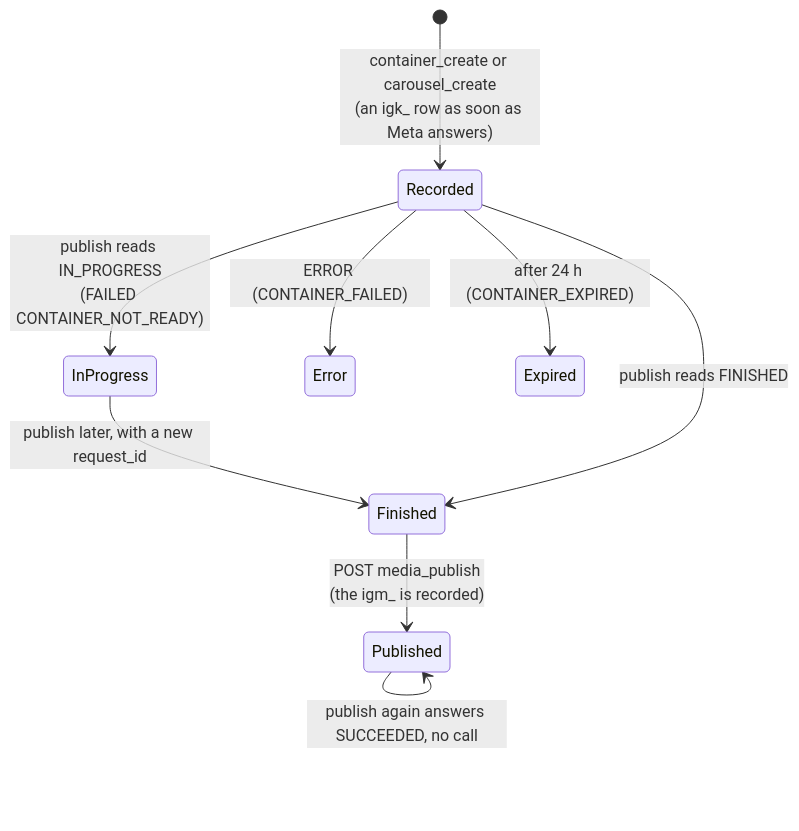
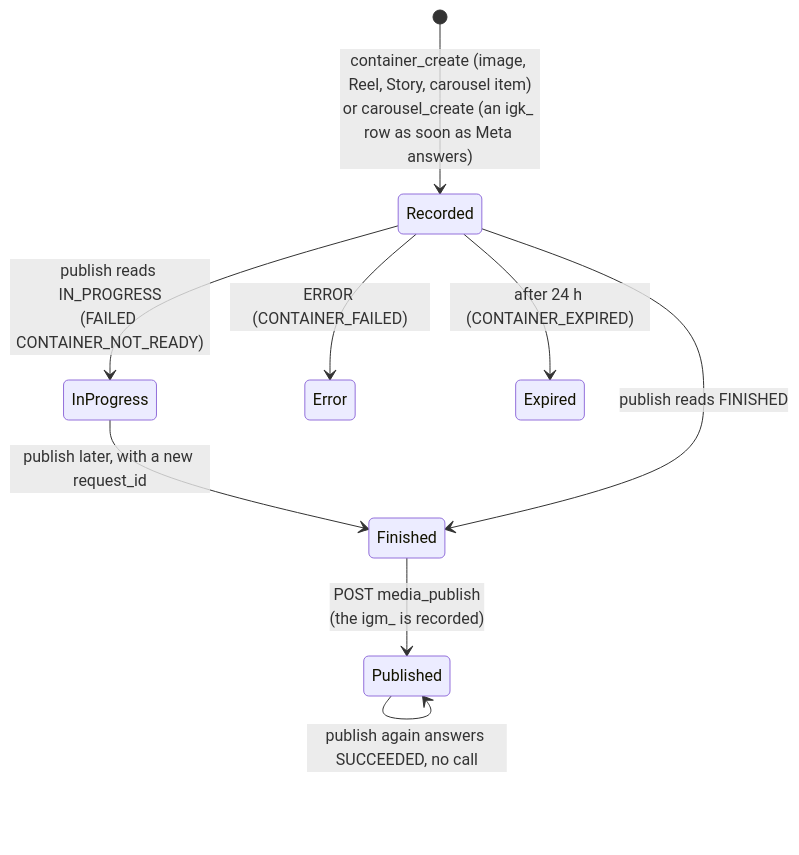
The third of 3 diagrams in docs/ARCHITECTURE.md (Raoof128/Instagram-MCP), drawn with Mermaid before and after one commit. The commit also changed other lines of this file and 6 other files, not shown here.

````diff
--- a/docs/ARCHITECTURE.md
+++ b/docs/ARCHITECTURE.md
@@ -75,11 +75,11 @@
 ```mermaid
 stateDiagram-v2
-    [*] --> Recorded: container_create or carousel_create<br/>(an igk_ row as soon as Meta answers)
+    [*] --> Recorded: container_create (image, Reel, Story, carousel item)<br/>or carousel_create (an igk_ row as soon as Meta answers)
     Recorded --> InProgress: publish reads IN_PROGRESS<br/>(FAILED CONTAINER_NOT_READY)
     InProgress --> Finished: publish later, with a new request_id
     Recorded --> Finished: publish reads FINISHED
     Finished --> Published: POST media_publish<br/>(the igm_ is recorded)
     Recorded --> Error: ERROR (CONTAINER_FAILED)
     Recorded --> Expired: after 24 h (CONTAINER_EXPIRED)
     Published --> Published: publish again answers SUCCEEDED, no call
 ```
````
